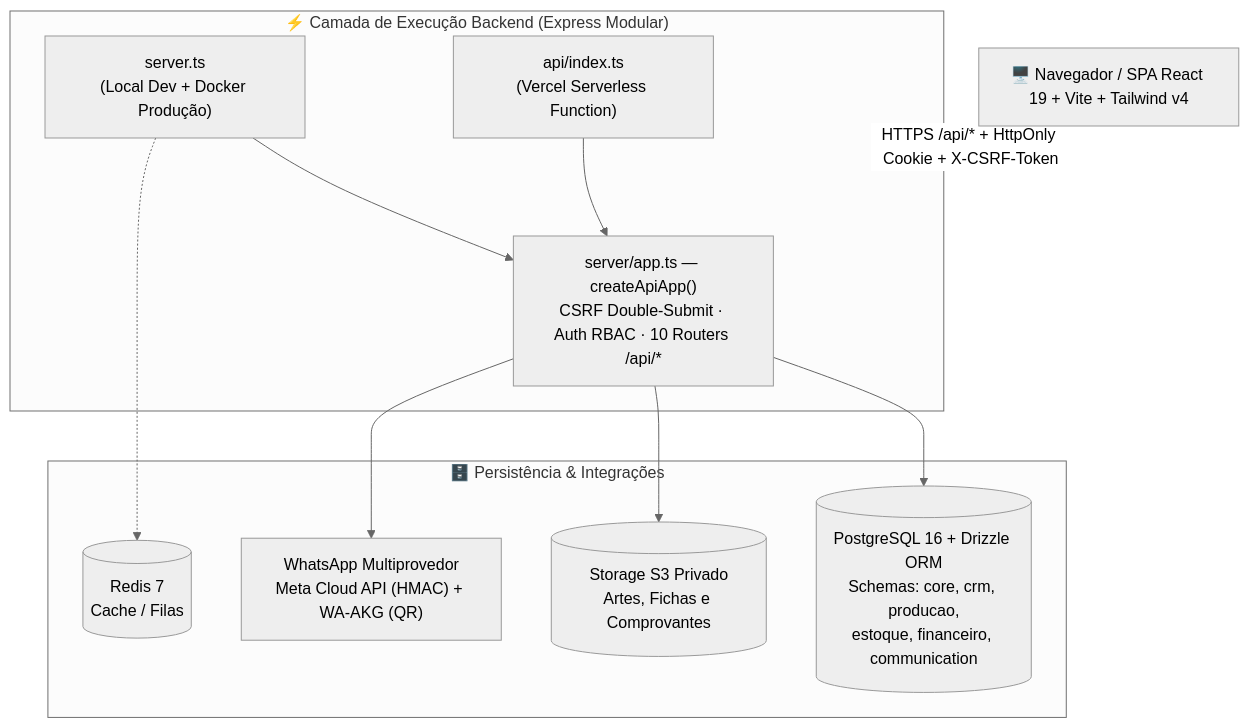
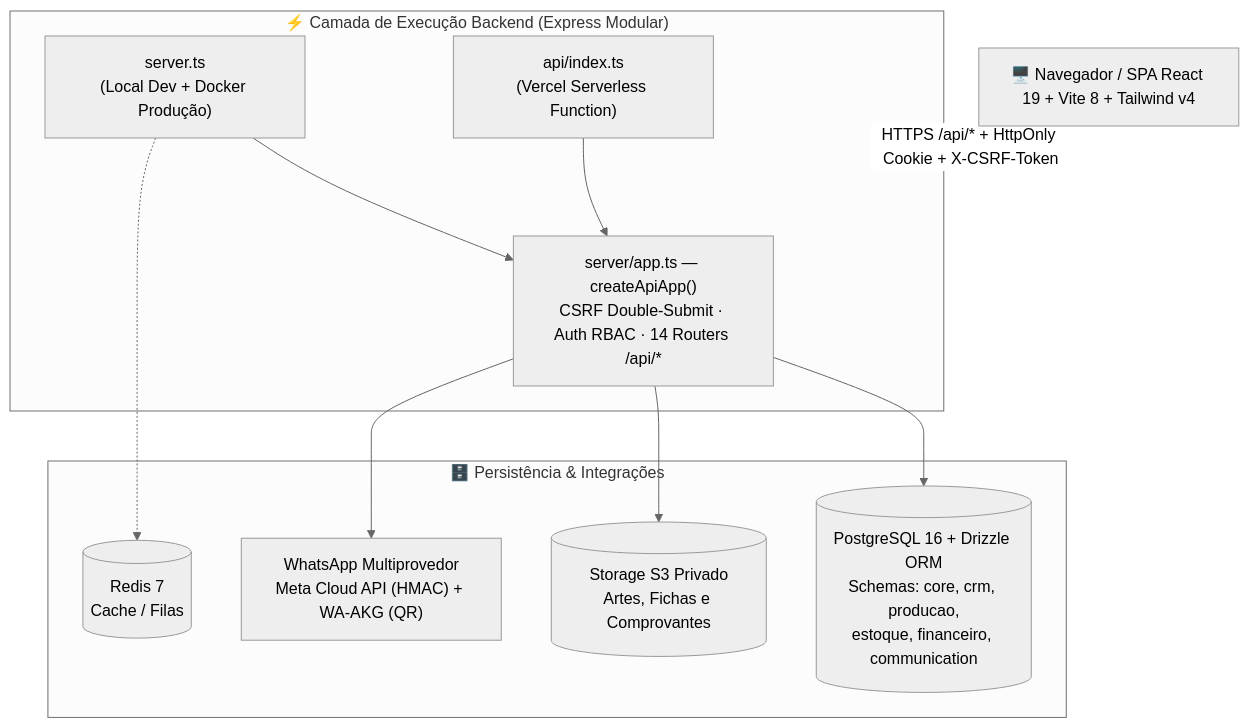
Before and after one commit to enlaceslz/defardas: the second of 3 diagrams in README.md, drawn with Mermaid (neutral theme). The commit also changed other lines of this file and 8 other files, not shown here.

````diff
--- a/README.md
+++ b/README.md
@@ -81,25 +89,25 @@
 ```mermaid
 flowchart TB
-    Client["🖥️ Navegador / SPA React 19 + Vite + Tailwind v4"]
+    Client["🖥️ Navegador / SPA React 19 + Vite 8 + Tailwind v4"]
 
     subgraph Runtime["⚡ Camada de Execução Backend (Express Modular)"]
-        AppFactory["server/app.ts — createApiApp()<br/>CSRF Double-Submit · Auth RBAC · 10 Routers /api/*"]
+        AppFactory["server/app.ts — createApiApp()<br/>CSRF Double-Submit · Auth RBAC · 14 Routers /api/*"]
         NodeSrv["server.ts<br/>(Local Dev + Docker Produção)"]
         VercelFn["api/index.ts<br/>(Vercel Serverless Function)"]
         NodeSrv --> AppFactory
         VercelFn --> AppFactory
     end
 
     subgraph Data["🗄️ Persistência & Integrações"]
         PG[("PostgreSQL 16 + Drizzle ORM<br/>Schemas: core, crm, producao,<br/>estoque, financeiro, communication")]
         Redis[("Redis 7<br/>Cache / Filas")]
         S3[("Storage S3 Privado<br/>Artes, Fichas e Comprovantes")]
         WA["WhatsApp Multiprovedor<br/>Meta Cloud API (HMAC) + WA-AKG (QR)"]
     end
 
     Client -- "HTTPS /api/* + HttpOnly Cookie + X-CSRF-Token" --> Runtime
     AppFactory --> PG
     AppFactory --> S3
     AppFactory --> WA
     NodeSrv -.-> Redis
 ```
````
